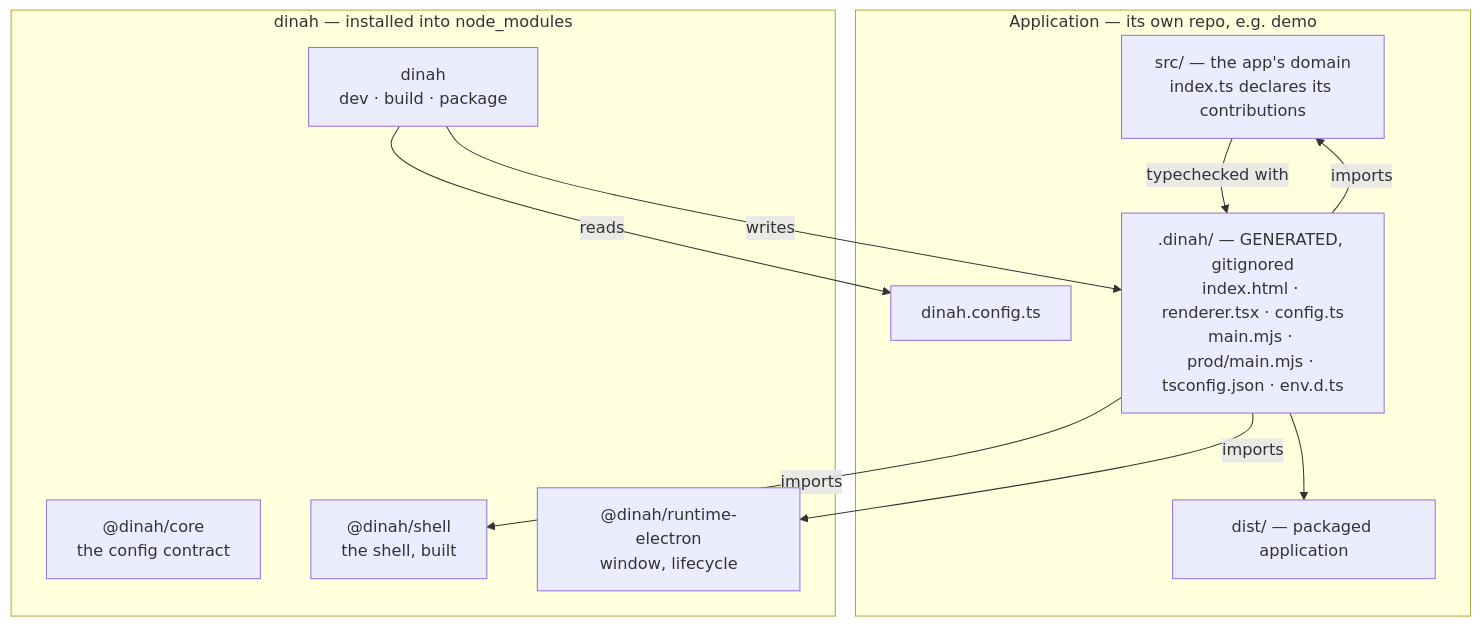
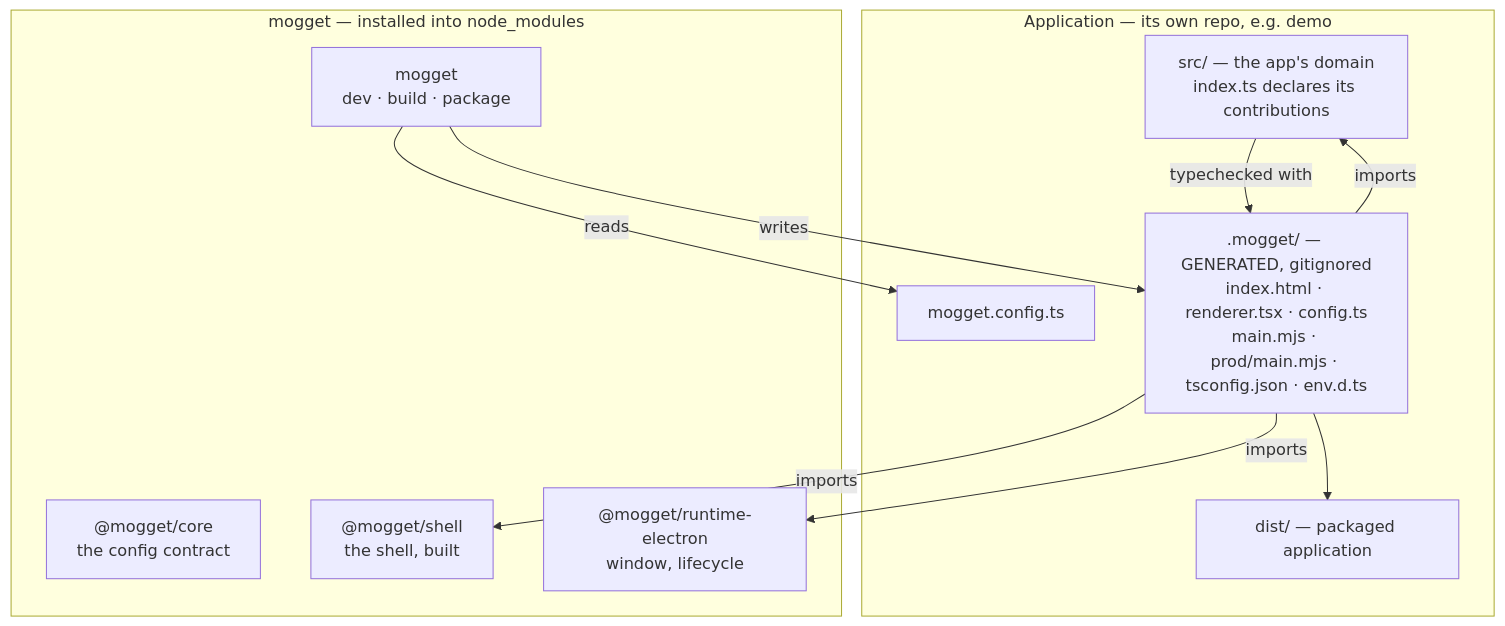
The second of 4 diagrams in docs/guides/framework-architecture.md (meersajidh/cheshire), drawn with Mermaid before and after one commit. The commit also changed other lines of this file and 63 other files, not shown here.

````diff
--- a/docs/guides/framework-architecture.md
+++ b/docs/guides/framework-architecture.md
@@ -98,22 +98,22 @@
 ```mermaid
 flowchart TD
   subgraph APP["Application — its own repo, e.g. demo"]
-    CFG["dinah.config.ts"]
+    CFG["mogget.config.ts"]
     SRC["src/ — the app's domain<br/>index.ts declares its contributions"]
-    GEN[".dinah/ — GENERATED, gitignored<br/>index.html · renderer.tsx · config.ts<br/>main.mjs · prod/main.mjs · tsconfig.json · env.d.ts"]
+    GEN[".mogget/ — GENERATED, gitignored<br/>index.html · renderer.tsx · config.ts<br/>main.mjs · prod/main.mjs · tsconfig.json · env.d.ts"]
     OUT["dist/ — packaged application"]
   end
-  subgraph FW["dinah — installed into node_modules"]
-    CORE["@dinah/core<br/>the config contract"]
-    WB["@dinah/shell<br/>the shell, built"]
-    RT["@dinah/runtime-electron<br/>window, lifecycle"]
-    CLI["dinah<br/>dev · build · package"]
+  subgraph FW["mogget — installed into node_modules"]
+    CORE["@mogget/core<br/>the config contract"]
+    WB["@mogget/shell<br/>the shell, built"]
+    RT["@mogget/runtime-electron<br/>window, lifecycle"]
+    CLI["mogget<br/>dev · build · package"]
   end
   CLI -->|reads| CFG
   CLI -->|writes| GEN
   GEN -->|imports| WB
   GEN -->|imports| RT
   GEN -->|imports| SRC
   SRC -->|typechecked with| GEN
   GEN --> OUT
 ```
````
